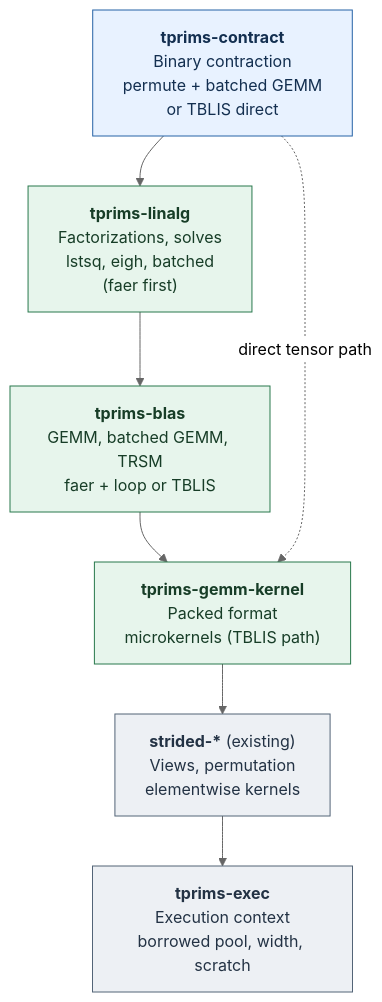
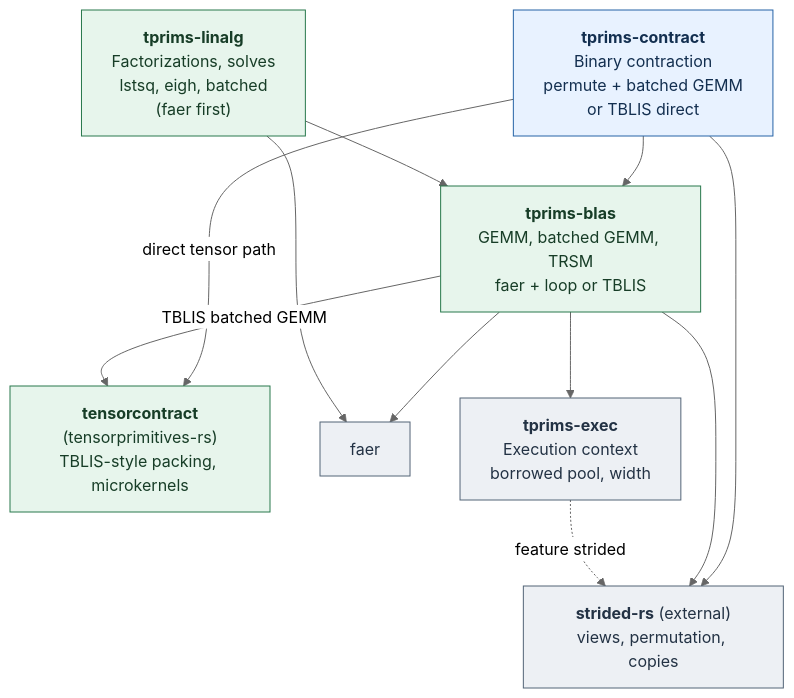
One commit to shinaoka/tensoralgebra-rs changed the first of 2 diagrams in README.md. Above: the diagram before and after it, drawn with Mermaid (neutral theme). The commit also changed other lines of this file and 3 other files, not shown here.

First line of the commit message:
docs: draw the crate graph from the manifests; check docs before PRs

````diff
--- a/README.md
+++ b/README.md
@@ -38,17 +39,26 @@
 ```mermaid
 flowchart TB
     CT["<b>tprims-contract</b><br/>Binary contraction<br/>permute + batched GEMM<br/>or TBLIS direct"]
     LA["<b>tprims-linalg</b><br/>Factorizations, solves<br/>lstsq, eigh, batched<br/>(faer first)"]
     BL["<b>tprims-blas</b><br/>GEMM, batched GEMM, TRSM<br/>faer + loop or TBLIS"]
-    GK["<b>tprims-gemm-kernel</b><br/>Packed format<br/>microkernels (TBLIS path)"]
-    ST["<b>strided-*</b> (existing)<br/>Views, permutation<br/>elementwise kernels"]
-    EX["<b>tprims-exec</b><br/>Execution context<br/>borrowed pool, width, scratch"]
-    CT --> LA --> BL --> GK --> ST --> EX
-    CT -.->|"direct tensor path"| GK
+    TC["<b>tensorcontract</b><br/>(tensorprimitives-rs)<br/>TBLIS-style packing, microkernels"]
+    FA["faer"]
+    ST["<b>strided-rs</b> (external)<br/>views, permutation, copies"]
+    EX["<b>tprims-exec</b><br/>Execution context<br/>borrowed pool, width"]
+    CT --> BL
+    LA --> BL
+    BL --> FA
+    LA --> FA
+    CT -->|"direct tensor path"| TC
+    BL -->|"TBLIS batched GEMM"| TC
+    CT --> ST
+    BL --> ST
+    BL --> EX
+    EX -.->|"feature strided"| ST
     classDef tensor fill:#e8f2ff,stroke:#2563a6,color:#132f50
     classDef matrix fill:#e7f5ec,stroke:#28784c,color:#173d27
     classDef base fill:#edf0f4,stroke:#536477,color:#233244
     class CT tensor
-    class LA,BL,GK matrix
-    class ST,EX base
+    class LA,BL,TC matrix
+    class FA,ST,EX base
 ```
````
